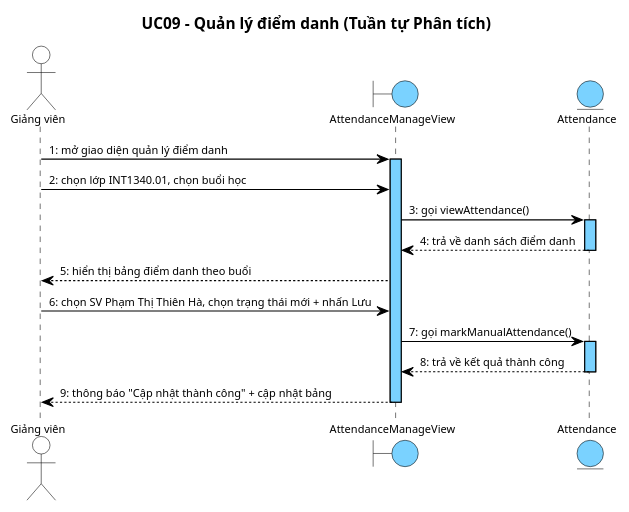
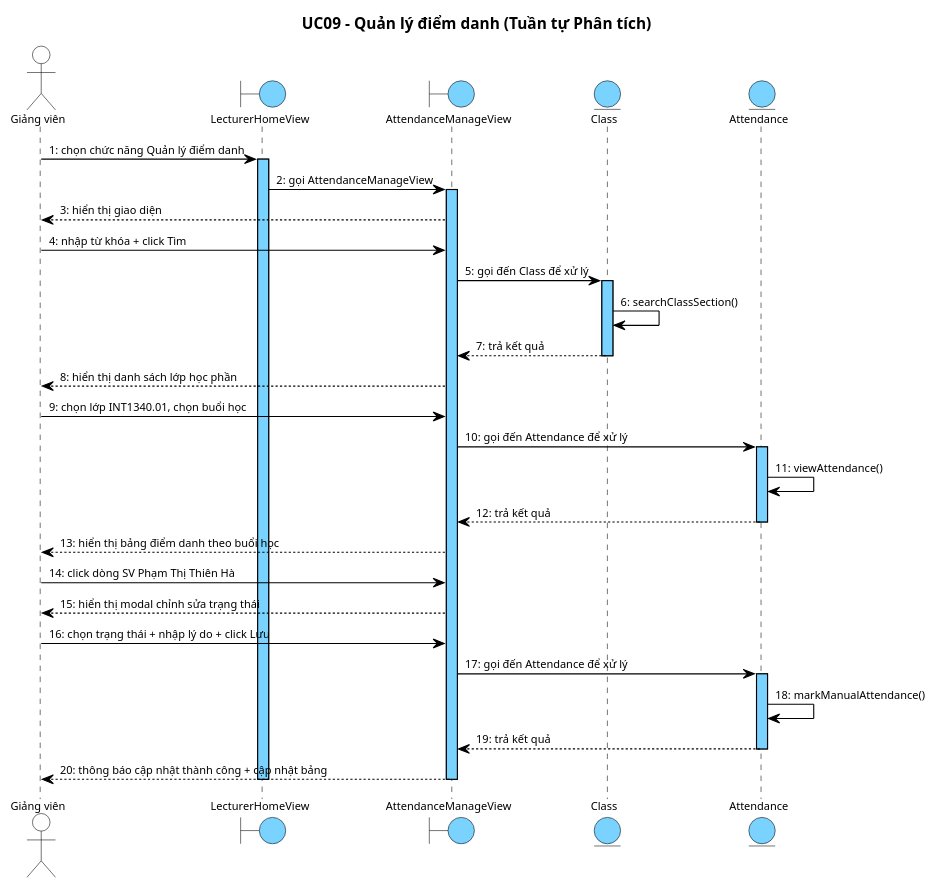
One commit to thanhtrnnn/universe changed diagram 11 of 20 in report/md/module3_attendance_grades.md. Above: the diagram before and after it, drawn with PlantUML. The commit also changed other lines of this file and 1 other file, not shown here.

First line of the commit message:
docs: rewrite II.4 & III.4 sequence diagrams to reference narrative format

````diff
--- a/report/md/module3_attendance_grades.md
+++ b/report/md/module3_attendance_grades.md
@@ -610,43 +632,60 @@
 ```plantuml
 @startuml
 skinparam shadowing false
 skinparam SequenceMessageAlign left
 skinparam SequenceLifeLineBackgroundColor #7AD2FF
 skinparam SequenceLifeLineBorderColor #000000
 <style>
 sequenceDiagram {
   Shadowing 0
   RoundCorner 0
   FontName "Arial"
   FontSize 10
   FontColor #000000
   boundary { BackgroundColor #7AD2FF; LineColor #000000 }
   entity { BackgroundColor #7AD2FF; LineColor #000000 }
   actor { BackgroundColor transparent; LineColor #000000 }
   lifeline { LineColor #000000; LineStyle 5-5 }
   arrow { LineColor #000000; LineThickness 1; FontSize 10 }
 }
 </style>
 title UC09 – Quản lý điểm danh (Tuần tự Phân tích)
 
 actor "Giảng viên" as GV
+boundary LecturerHomeView
 boundary AttendanceManageView
+entity Class
 entity Attendance
 
-GV -> AttendanceManageView : 1: mở giao diện quản lý điểm danh
+GV -> LecturerHomeView : 1: chọn chức năng Quản lý điểm danh
+activate LecturerHomeView
+LecturerHomeView -> AttendanceManageView : 2: gọi AttendanceManageView
 activate AttendanceManageView
-GV -> AttendanceManageView : 2: chọn lớp INT1340.01, chọn buổi học
-AttendanceManageView -> Attendance : 3: gọi viewAttendance()
+AttendanceManageView --> GV : 3: hiển thị giao diện
+GV -> AttendanceManageView : 4: nhập từ khóa + click Tìm
+AttendanceManageView -> Class : 5: gọi đến Class để xử lý
+activate Class
+Class -> Class : 6: searchClassSection()
+Class --> AttendanceManageView : 7: trả kết quả
+deactivate Class
+AttendanceManageView --> GV : 8: hiển thị danh sách lớp học phần
+GV -> AttendanceManageView : 9: chọn lớp INT1340.01, chọn buổi học
+AttendanceManageView -> Attendance : 10: gọi đến Attendance để xử lý
 activate Attendance
-Attendance --> AttendanceManageView : 4: trả về danh sách điểm danh
+Attendance -> Attendance : 11: viewAttendance()
+Attendance --> AttendanceManageView : 12: trả kết quả
 deactivate Attendance
-AttendanceManageView --> GV : 5: hiển thị bảng điểm danh theo buổi
-GV -> AttendanceManageView : 6: chọn SV Phạm Thị Thiên Hà, chọn trạng thái mới + nhấn Lưu
-AttendanceManageView -> Attendance : 7: gọi markManualAttendance()
+AttendanceManageView --> GV : 13: hiển thị bảng điểm danh theo buổi học
+GV -> AttendanceManageView : 14: click dòng SV Phạm Thị Thiên Hà
+AttendanceManageView --> GV : 15: hiển thị modal chỉnh sửa trạng thái
+GV -> AttendanceManageView : 16: chọn trạng thái + nhập lý do + click Lưu
+AttendanceManageView -> Attendance : 17: gọi đến Attendance để xử lý
 activate Attendance
-Attendance --> AttendanceManageView : 8: trả về kết quả thành công
+Attendance -> Attendance : 18: markManualAttendance()
+Attendance --> AttendanceManageView : 19: trả kết quả
 deactivate Attendance
-AttendanceManageView --> GV : 9: thông báo "Cập nhật thành công" + cập nhật bảng
+AttendanceManageView --> GV : 20: thông báo cập nhật thành công + cập nhật bảng
 deactivate AttendanceManageView
+deactivate LecturerHomeView
 @enduml
 ```
````
